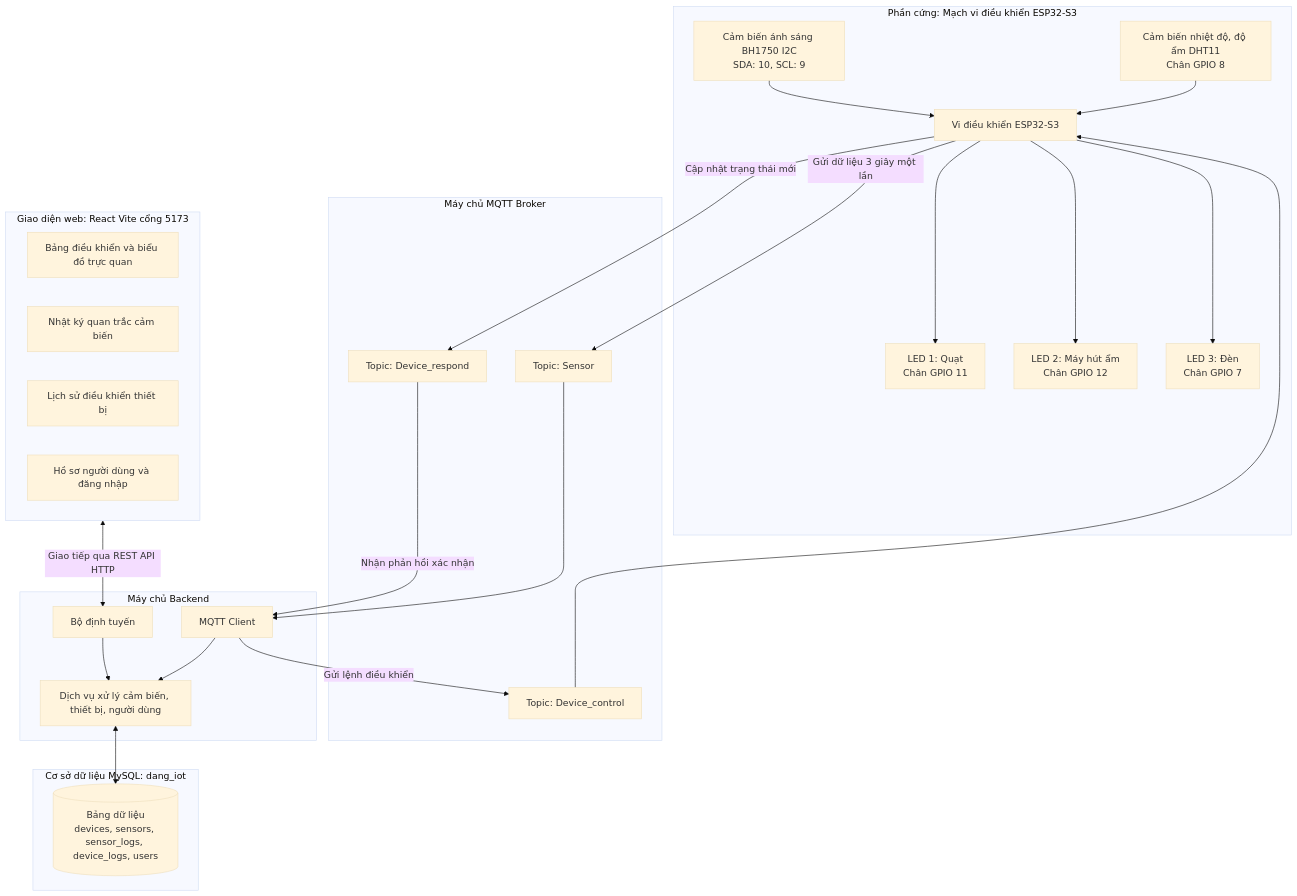
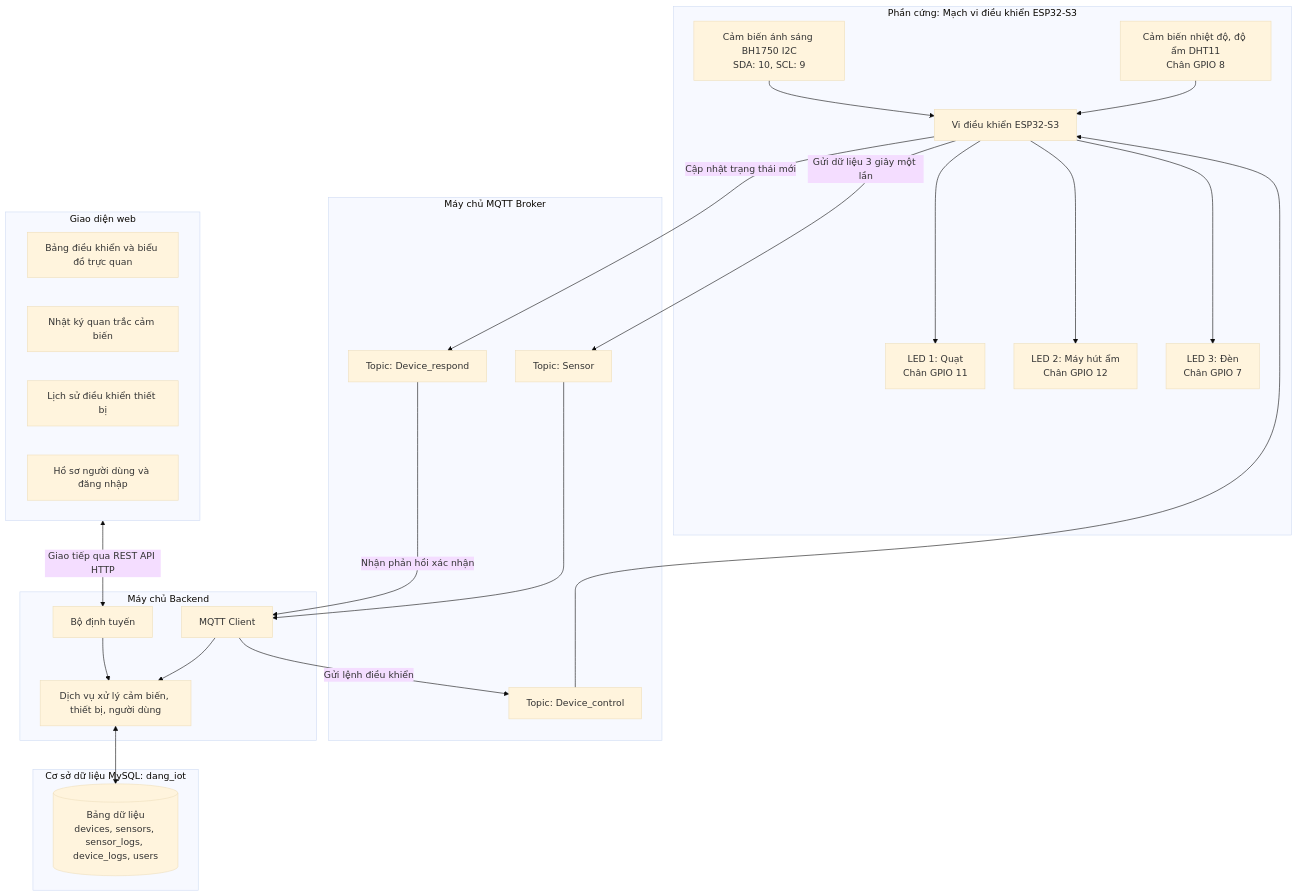
One commit to HaiDang2708/IoT changed the diagram in README.md. Above: the diagram before and after it, drawn with Mermaid (base theme). The commit also changed other lines of this file and 22 other files, not shown here.

````diff
--- a/README.md
+++ b/README.md
@@ -108,46 +107,46 @@
 ```mermaid
 flowchart TD
     subgraph HARDWARE["Phần cứng: Mạch vi điều khiển ESP32-S3"]
         DHT["Cảm biến nhiệt độ, độ ẩm DHT11<br/>Chân GPIO 8"] --> ESP["Vi điều khiển ESP32-S3"]
         BH["Cảm biến ánh sáng BH1750 I2C<br/>SDA: 10, SCL: 9"] --> ESP
         ESP --> LED1["LED 1: Quạt<br/>Chân GPIO 11"]
         ESP --> LED2["LED 2: Máy hút ẩm<br/>Chân GPIO 12"]
         ESP --> LED3["LED 3: Đèn<br/>Chân GPIO 7"]
     end
 
     subgraph BROKER["Máy chủ MQTT Broker"]
         T_SENSOR["Topic: Sensor"]
         T_CMD["Topic: Device_control"]
         T_ACK["Topic: Device_respond"]
     end
 
     subgraph BACKEND["Máy chủ Backend"]
         MQTT_CLIENT["MQTT Client"]
         REST_API["Bộ định tuyến"]
         SERVICES["Dịch vụ xử lý cảm biến, thiết bị, người dùng"]
     end
 
     subgraph DATABASE["Cơ sở dữ liệu MySQL: dang_iot"]
         DB[("Bảng dữ liệu<br/>devices, sensors, sensor_logs, device_logs, users")]
     end
 
-    subgraph FRONTEND["Giao diện web: React Vite cổng 5173"]
+    subgraph FRONTEND["Giao diện web"]
         UI_DASH["Bảng điều khiển và biểu đồ trực quan"]
         UI_SENS["Nhật ký quan trắc cảm biến"]
         UI_HIST["Lịch sử điều khiển thiết bị"]
         UI_PROF["Hồ sơ người dùng và đăng nhập"]
     end
 
     ESP -->|Gửi dữ liệu 3 giây một lần| T_SENSOR
     T_SENSOR --> MQTT_CLIENT
     T_ACK -->|Nhận phản hồi xác nhận| MQTT_CLIENT
     ESP -->|Cập nhật trạng thái mới| T_ACK
     MQTT_CLIENT -->|Gửi lệnh điều khiển| T_CMD
     T_CMD --> ESP
 
     MQTT_CLIENT --> SERVICES
     REST_API --> SERVICES
     SERVICES <--> DB
 
     FRONTEND <-->|Giao tiếp qua REST API HTTP| REST_API
 ```
````
